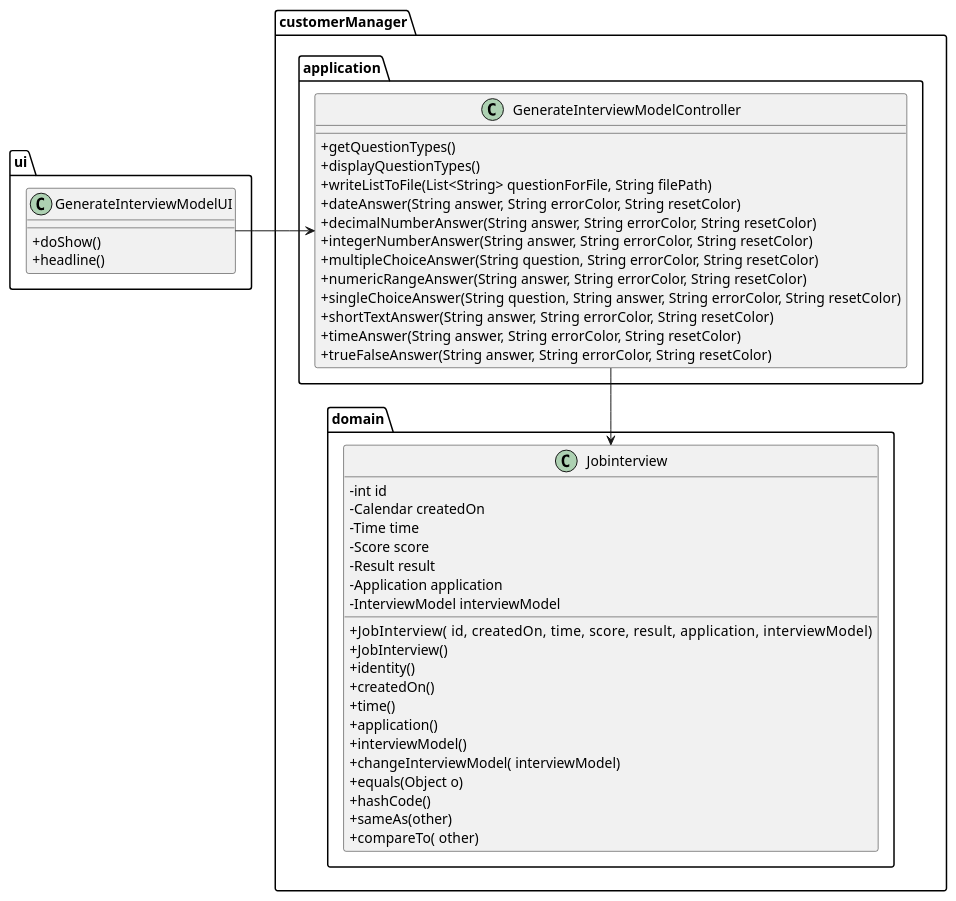
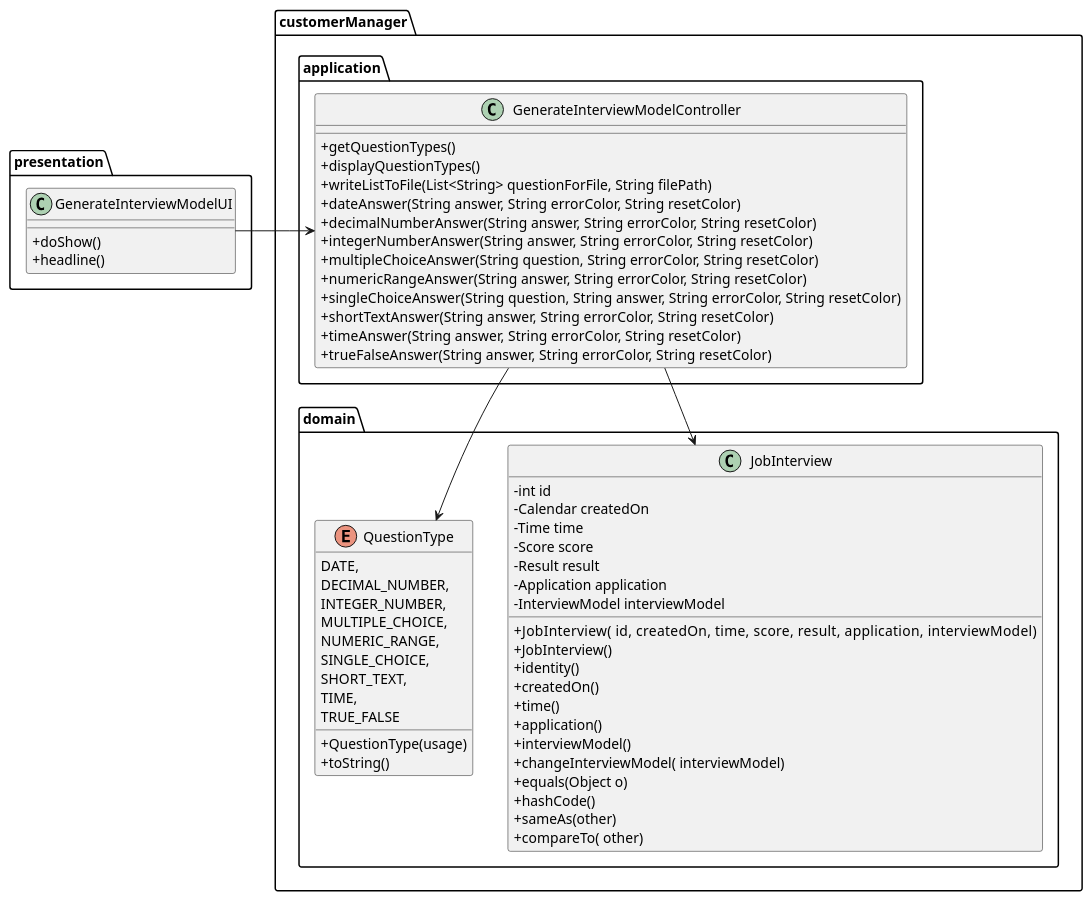
Before and after one commit to MiguelCardoso77/LAPR4: the diagram in docs/SprintB/generate-interview-model/class-diagram.puml, drawn with PlantUML. The commit also changed 4 other files, not shown here.

```diff
--- a/docs/SprintB/generate-interview-model/class-diagram.puml
+++ b/docs/SprintB/generate-interview-model/class-diagram.puml
@@ -1,71 +1,87 @@
 @startuml
 skinparam classAttributeIconSize 0
 top to bottom direction
 
-package "ui"{
+package "presentation"{
 
 class GenerateInterviewModelUI{
 + doShow()
 + headline()
 
 }
 
 }
 
 package "customerManager"{
 
 package "application"{
 class GenerateInterviewModelController{
 
 + getQuestionTypes()
 + displayQuestionTypes()
 + writeListToFile(List<String> questionForFile, String filePath)
 + dateAnswer(String answer, String errorColor, String resetColor)
 + decimalNumberAnswer(String answer, String errorColor, String resetColor)
 + integerNumberAnswer(String answer, String errorColor, String resetColor)
 + multipleChoiceAnswer(String question, String errorColor, String resetColor)
 + numericRangeAnswer(String answer, String errorColor, String resetColor)
 + singleChoiceAnswer(String question, String answer, String errorColor, String resetColor)
 + shortTextAnswer(String answer, String errorColor, String resetColor)
 + timeAnswer(String answer, String errorColor, String resetColor)
 + trueFalseAnswer(String answer, String errorColor, String resetColor)
 }
 
 }
 
 package "domain" {
-class Jobinterview{
-- int id
-- Calendar createdOn
-- Time time
-- Score score
-- Result result
-- Application application
-- InterviewModel interviewModel
+    class JobInterview{
+    - int id
+    - Calendar createdOn
+    - Time time
+    - Score score
+    - Result result
+    - Application application
+    - InterviewModel interviewModel
 
-+ JobInterview( id,  createdOn,  time,  score,  result,  application,  interviewModel)
-+ JobInterview()
-+ identity()
-+ createdOn()
-+ time()
-+ application()
-+ interviewModel()
-+ changeInterviewModel( interviewModel)
-+ equals(Object o)
-+  hashCode()
-+ sameAs(other)
-+ compareTo( other)
+    + JobInterview( id,  createdOn,  time,  score,  result,  application,  interviewModel)
+    + JobInterview()
+    + identity()
+    + createdOn()
+    + time()
+    + application()
+    + interviewModel()
+    + changeInterviewModel( interviewModel)
+    + equals(Object o)
+    +  hashCode()
+    + sameAs(other)
+    + compareTo( other)
 
-}
+    }
+
+    enum QuestionType{
+        DATE,
+        DECIMAL_NUMBER,
+        INTEGER_NUMBER,
+        MULTIPLE_CHOICE,
+        NUMERIC_RANGE,
+        SINGLE_CHOICE,
+        SHORT_TEXT,
+        TIME,
+        TRUE_FALSE
+
+        + QuestionType(usage)
+        + toString()
+    }
 
 }
 }
 
 
 GenerateInterviewModelUI -> GenerateInterviewModelController
-GenerateInterviewModelController --> Jobinterview
+GenerateInterviewModelController --> JobInterview
+GenerateInterviewModelController --> QuestionType
 
 
 }
 
 @enduml
```
